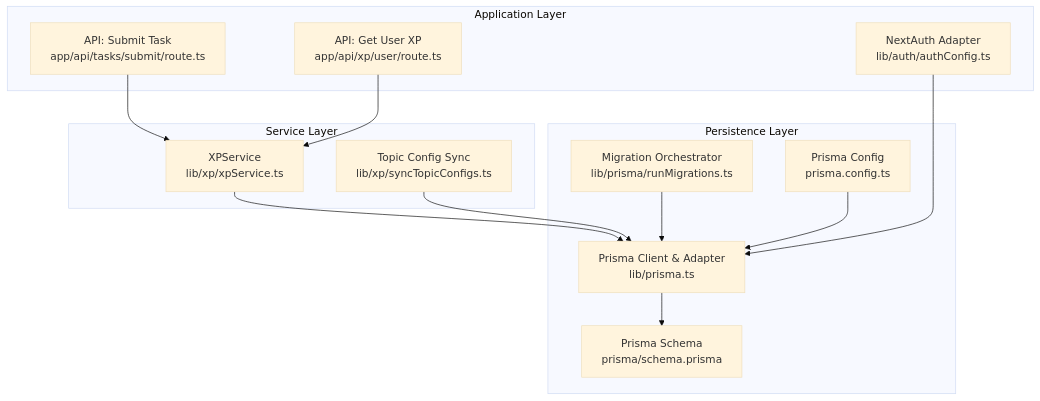
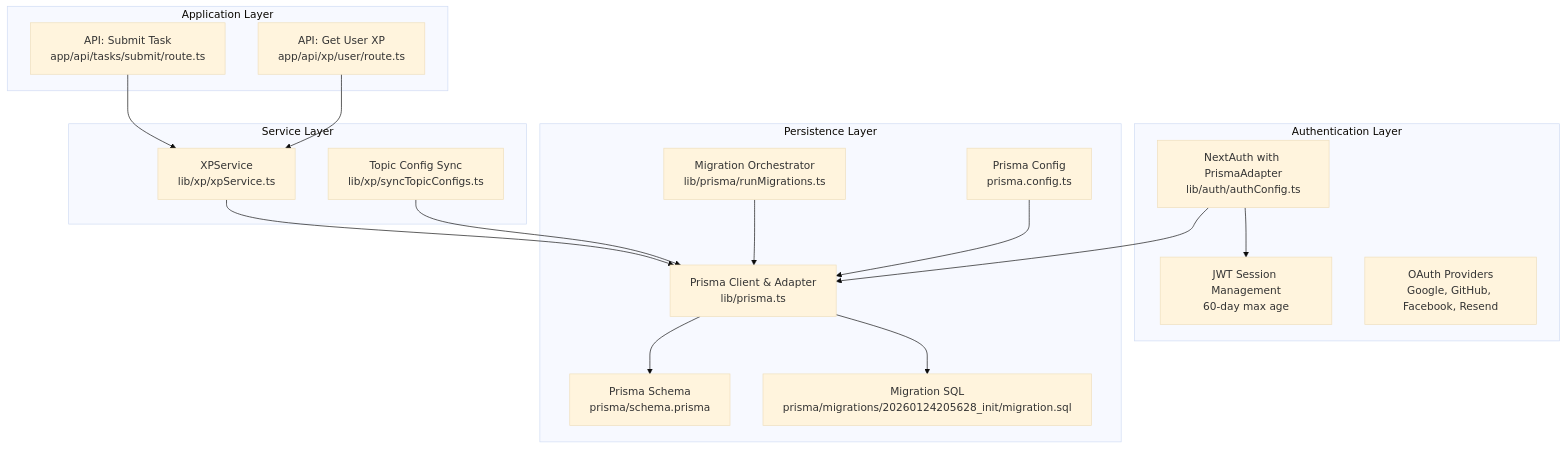
Before and after one commit to AlexKutz/math-app-next-js: the first of 7 diagrams in .qoder/repowiki/en/content/Database Design.md, drawn with Mermaid (base theme). The commit also changed other lines of this file and 125 other files, not shown here.

````diff
--- a/.qoder/repowiki/en/content/Database Design.md
+++ b/.qoder/repowiki/en/content/Database Design.md
@@ -41,26 +53,33 @@
 ```mermaid
 graph TB
+subgraph "Authentication Layer"
+Auth["NextAuth with PrismaAdapter<br/>lib/auth/authConfig.ts"]
+Session["JWT Session Management<br/>60-day max age"]
+Providers["OAuth Providers<br/>Google, GitHub, Facebook, Resend"]
+end
 subgraph "Application Layer"
 API_Submit["API: Submit Task<br/>app/api/tasks/submit/route.ts"]
 API_XP["API: Get User XP<br/>app/api/xp/user/route.ts"]
-Auth["NextAuth Adapter<br/>lib/auth/authConfig.ts"]
 end
 subgraph "Service Layer"
 XP["XPService<br/>lib/xp/xpService.ts"]
 Sync["Topic Config Sync<br/>lib/xp/syncTopicConfigs.ts"]
 end
 subgraph "Persistence Layer"
 PrismaCfg["Prisma Client & Adapter<br/>lib/prisma.ts"]
 Schema["Prisma Schema<br/>prisma/schema.prisma"]
 Migrations["Migration Orchestrator<br/>lib/prisma/runMigrations.ts"]
 Config["Prisma Config<br/>prisma.config.ts"]
+MigrationSQL["Migration SQL<br/>prisma/migrations/20260124205628_init/migration.sql"]
 end
+Auth --> Session
+Auth --> PrismaCfg
 API_Submit --> XP
 API_XP --> XP
-Auth --> PrismaCfg
 XP --> PrismaCfg
 Sync --> PrismaCfg
 PrismaCfg --> Schema
 Migrations --> PrismaCfg
 Config --> PrismaCfg
+PrismaCfg --> MigrationSQL
 ```
````
